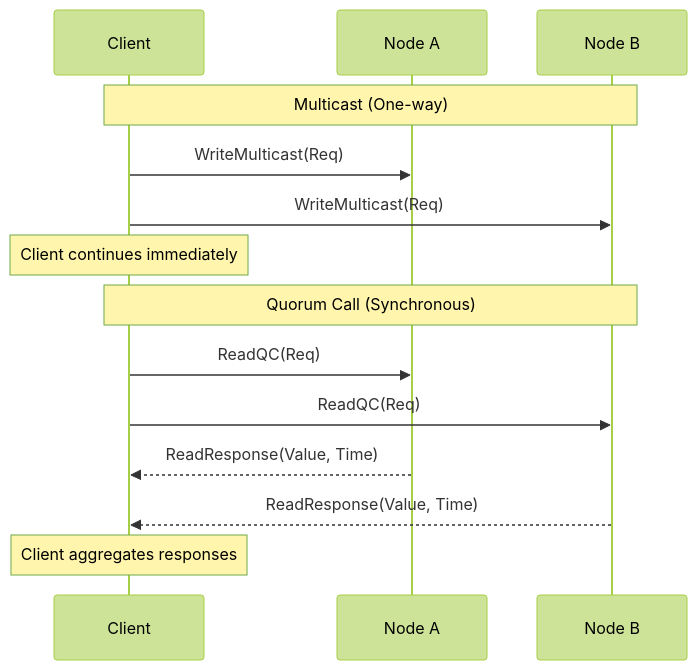
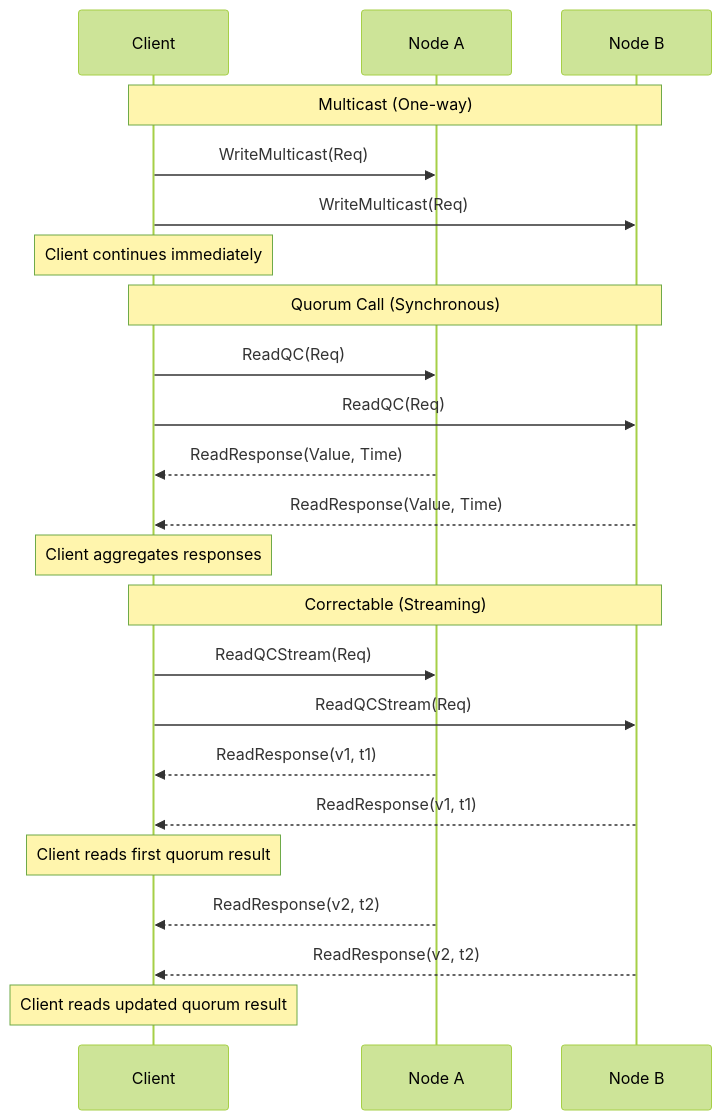
The diagram in doc/user-guide.md (relab/gorums), drawn with Mermaid (forest theme) before and after one commit.

Commit message:
docs: update user guide to include correctable streaming call types

````diff
--- a/doc/user-guide.md
+++ b/doc/user-guide.md
@@ -70,18 +70,28 @@
 ```mermaid
 sequenceDiagram
     participant Client
     participant Node A
     participant Node B
 
     Note over Client,Node B: Multicast (One-way)
     Client->>Node A: WriteMulticast(Req)
     Client->>Node B: WriteMulticast(Req)
     Note over Client: Client continues immediately
 
     Note over Client,Node B: Quorum Call (Synchronous)
     Client->>Node A: ReadQC(Req)
     Client->>Node B: ReadQC(Req)
     Node A-->>Client: ReadResponse(Value, Time)
     Node B-->>Client: ReadResponse(Value, Time)
     Note over Client: Client aggregates responses
+
+    Note over Client,Node B: Correctable (Streaming)
+    Client->>Node A: ReadQCStream(Req)
+    Client->>Node B: ReadQCStream(Req)
+    Node A-->>Client: ReadResponse(v1, t1)
+    Node B-->>Client: ReadResponse(v1, t1)
+    Note over Client: Client reads first quorum result
+    Node A-->>Client: ReadResponse(v2, t2)
+    Node B-->>Client: ReadResponse(v2, t2)
+    Note over Client: Client reads updated quorum result
 ```
````
